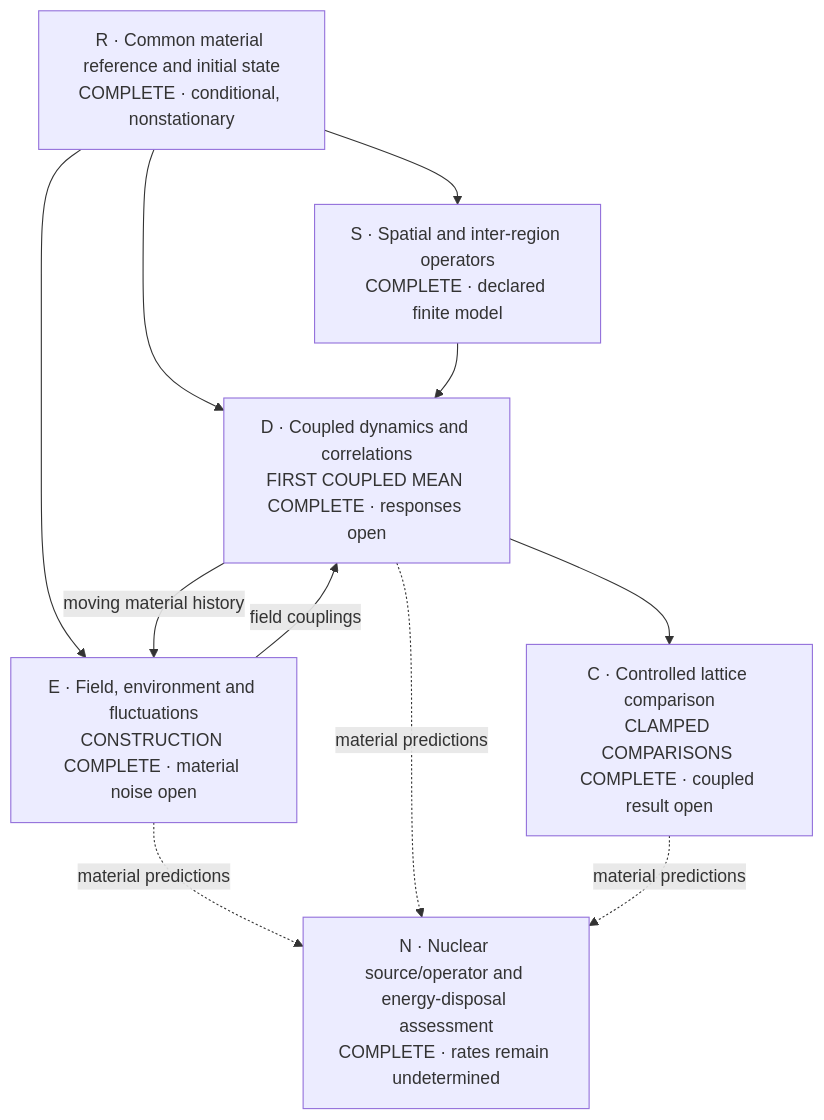
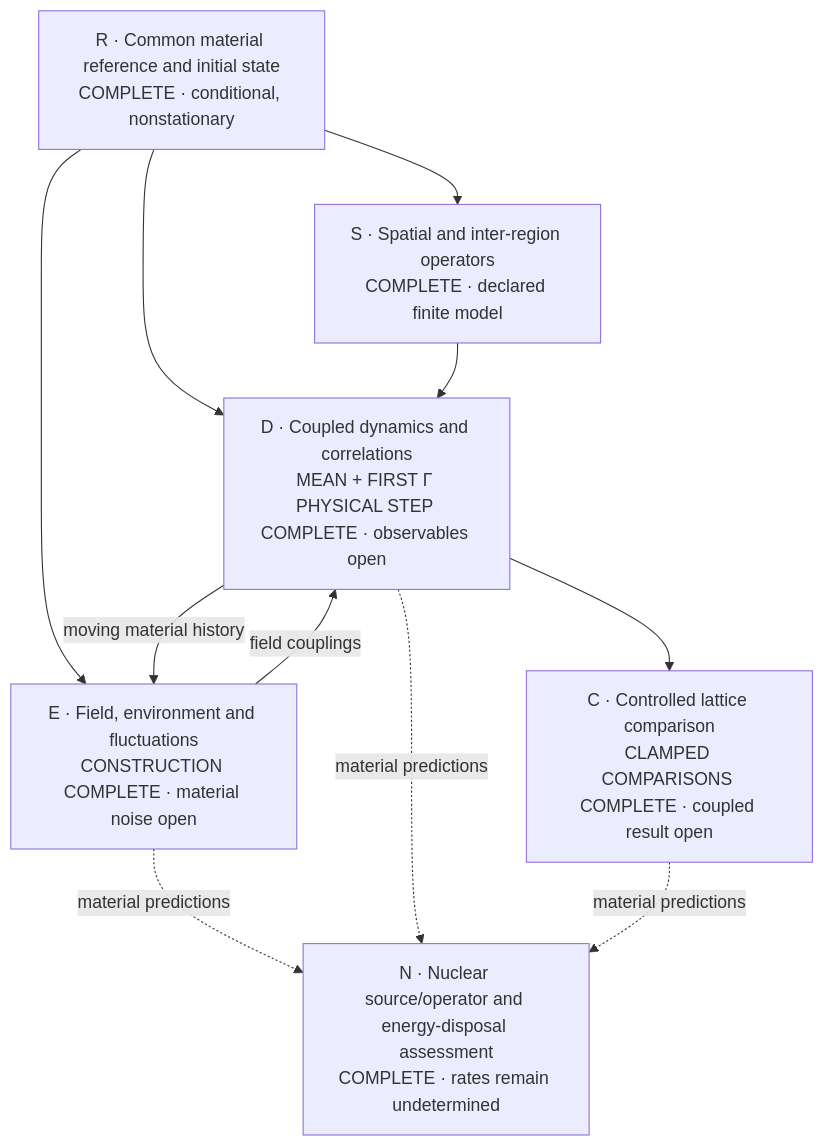
Before and after one commit to giuliano-vantasner/substrate-framework: the first of 2 diagrams in proposals/P254-ni-collective-response/SOLUTION.md, drawn with Mermaid. The commit also changed other lines of this file and 29 other files, not shown here.

````diff
--- a/proposals/P254-ni-collective-response/SOLUTION.md
+++ b/proposals/P254-ni-collective-response/SOLUTION.md
@@ -16,19 +16,19 @@
 ```mermaid
 flowchart TD
     R["R · Common material reference and initial state\nCOMPLETE · conditional, nonstationary"]
     S["S · Spatial and inter-region operators\nCOMPLETE · declared finite model"]
     E["E · Field, environment and fluctuations\nCONSTRUCTION COMPLETE · material noise open"]
-    D["D · Coupled dynamics and correlations\nFIRST COUPLED MEAN COMPLETE · responses open"]
+    D["D · Coupled dynamics and correlations\nMEAN + FIRST Γ PHYSICAL STEP COMPLETE · observables open"]
     C["C · Controlled lattice comparison\nCLAMPED COMPARISONS COMPLETE · coupled result open"]
     N["N · Nuclear source/operator and energy-disposal assessment\nCOMPLETE · rates remain undetermined"]
     R --> S
     R --> E
     R --> D
     S --> D
     E -- "field couplings" --> D
     D -- "moving material history" --> E
     D --> C
     E -. "material predictions" .-> N
     D -. "material predictions" .-> N
     C -. "material predictions" .-> N
 ```
````
